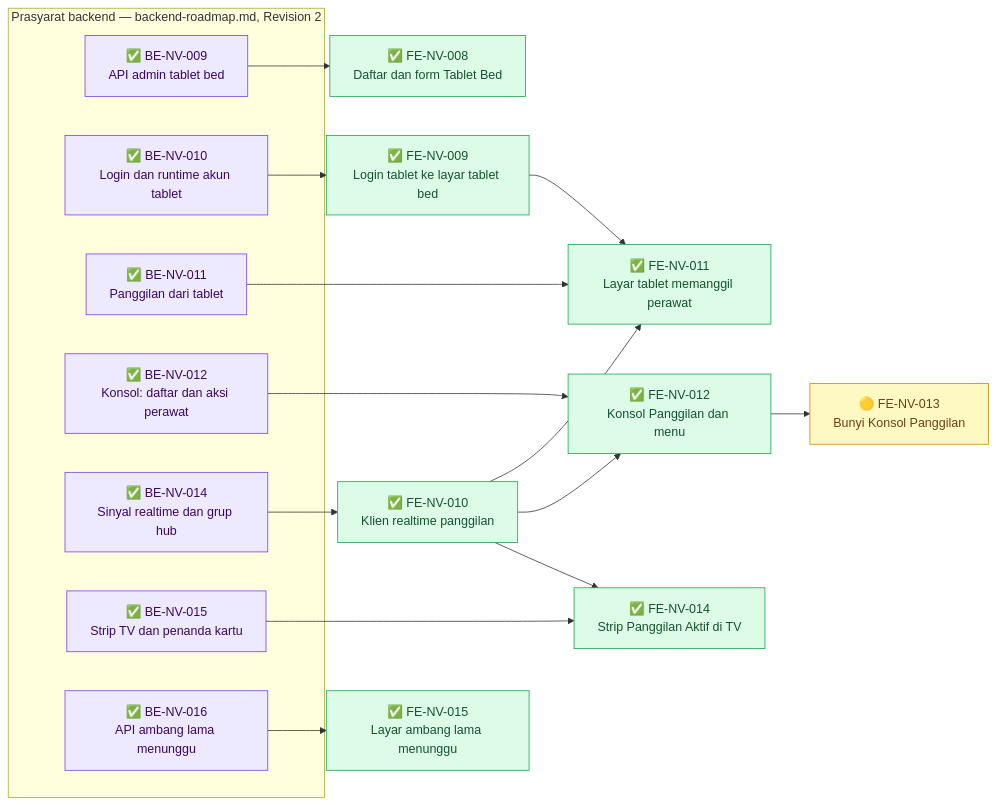
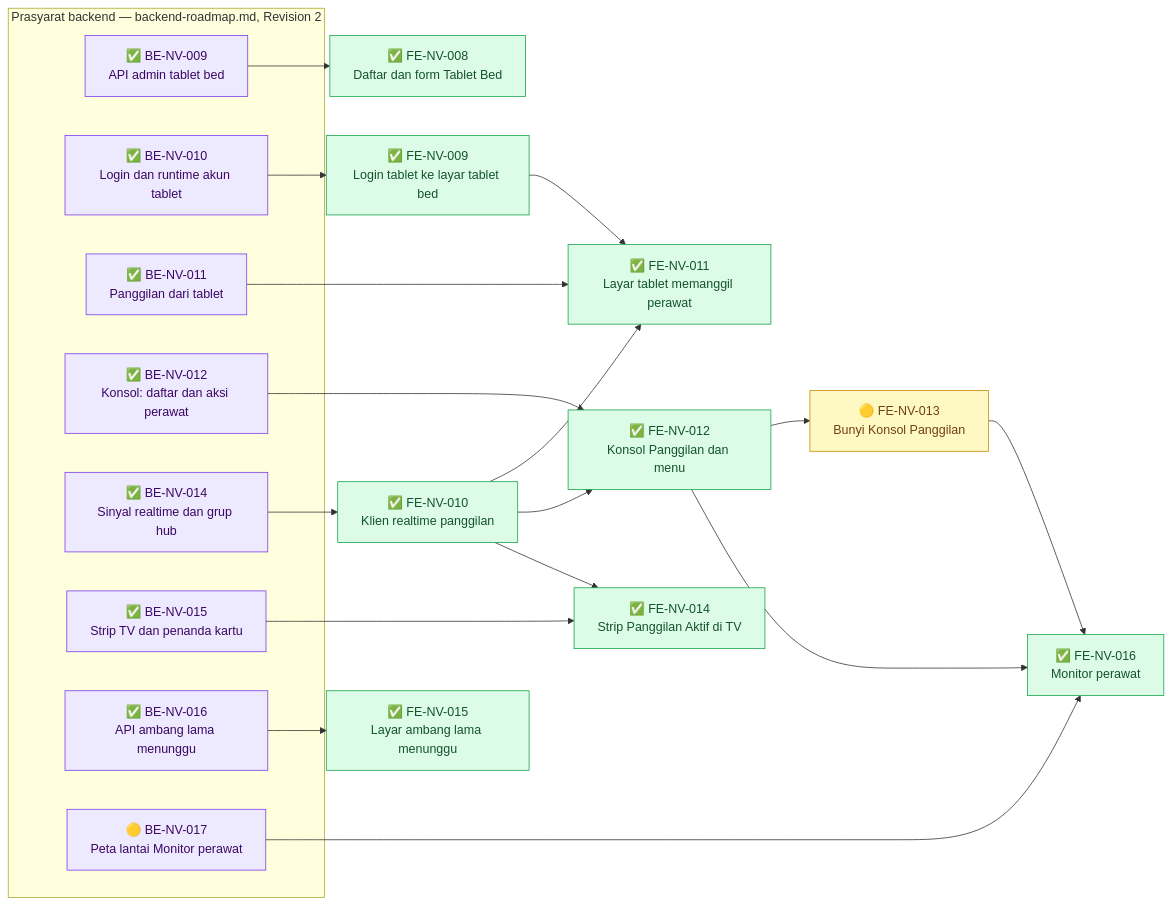
One commit to DevBenari/NewQuilvianSystemBackend changed the second of 2 diagrams in docs/module-blueprints/nurse-view/roadmap/frontend-roadmap.md. Above: the diagram before and after it, drawn with Mermaid. The commit also changed other lines of this file and 9 other files, not shown here.

First line of the commit message:
feat(nurse-view): peta lantai untuk Monitor perawat (BE-NV-017); FE-NV-016 selesai

````diff
--- a/docs/module-blueprints/nurse-view/roadmap/frontend-roadmap.md
+++ b/docs/module-blueprints/nurse-view/roadmap/frontend-roadmap.md
@@ -192,40 +192,45 @@
 ```mermaid
 flowchart LR
     classDef selesai fill:#DCFCE7,stroke:#16A34A,color:#14532D
     classDef sebagian fill:#FEF9C3,stroke:#CA8A04,color:#713F12
     classDef terblokir fill:#FEE2E2,stroke:#DC2626,color:#7F1D1D
     classDef belum fill:#F1F5F9,stroke:#64748B,color:#0F172A
     classDef luar fill:#EDE9FE,stroke:#7C3AED,color:#3B0764
 
     subgraph backend["Prasyarat backend — backend-roadmap.md, Revision 2"]
         BENV009["✅ BE-NV-009<br/>API admin tablet bed"]:::luar
         BENV010["✅ BE-NV-010<br/>Login dan runtime akun tablet"]:::luar
         BENV011["✅ BE-NV-011<br/>Panggilan dari tablet"]:::luar
         BENV012["✅ BE-NV-012<br/>Konsol: daftar dan aksi perawat"]:::luar
         BENV014["✅ BE-NV-014<br/>Sinyal realtime dan grup hub"]:::luar
         BENV015["✅ BE-NV-015<br/>Strip TV dan penanda kartu"]:::luar
         BENV016["✅ BE-NV-016<br/>API ambang lama menunggu"]:::luar
+        BENV017["🟡 BE-NV-017<br/>Peta lantai Monitor perawat"]:::luar
     end
 
     FENV008["✅ FE-NV-008<br/>Daftar dan form Tablet Bed"]:::selesai
     FENV009["✅ FE-NV-009<br/>Login tablet ke layar tablet bed"]:::selesai
     FENV010["✅ FE-NV-010<br/>Klien realtime panggilan"]:::selesai
     FENV011["✅ FE-NV-011<br/>Layar tablet memanggil perawat"]:::selesai
     FENV012["✅ FE-NV-012<br/>Konsol Panggilan dan menu"]:::selesai
     FENV013["🟡 FE-NV-013<br/>Bunyi Konsol Panggilan"]:::sebagian
     FENV014["✅ FE-NV-014<br/>Strip Panggilan Aktif di TV"]:::selesai
     FENV015["✅ FE-NV-015<br/>Layar ambang lama menunggu"]:::selesai
+    FENV016["✅ FE-NV-016<br/>Monitor perawat"]:::selesai
 
     BENV009 --> FENV008
     BENV010 --> FENV009
     BENV014 --> FENV010
     BENV011 --> FENV011
     FENV009 --> FENV011
     FENV010 --> FENV011
     BENV012 --> FENV012
     FENV010 --> FENV012
     FENV012 --> FENV013
     BENV015 --> FENV014
     FENV010 --> FENV014
     BENV016 --> FENV015
+    BENV017 --> FENV016
+    FENV012 --> FENV016
+    FENV013 --> FENV016
 ```
````
